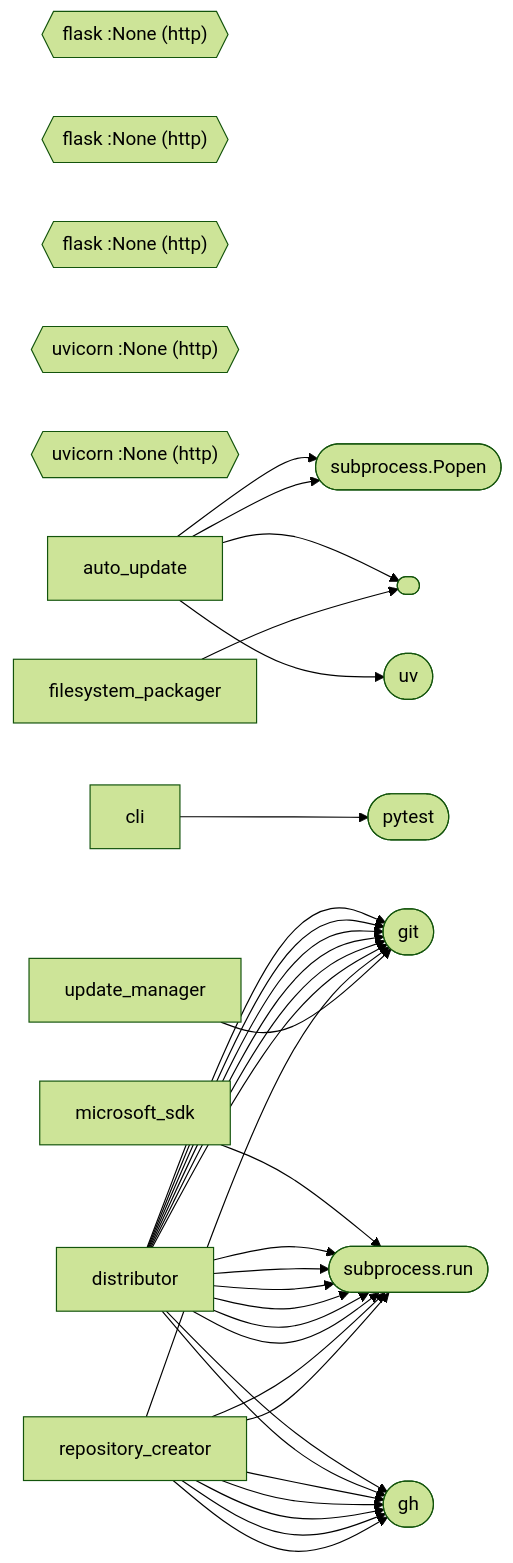
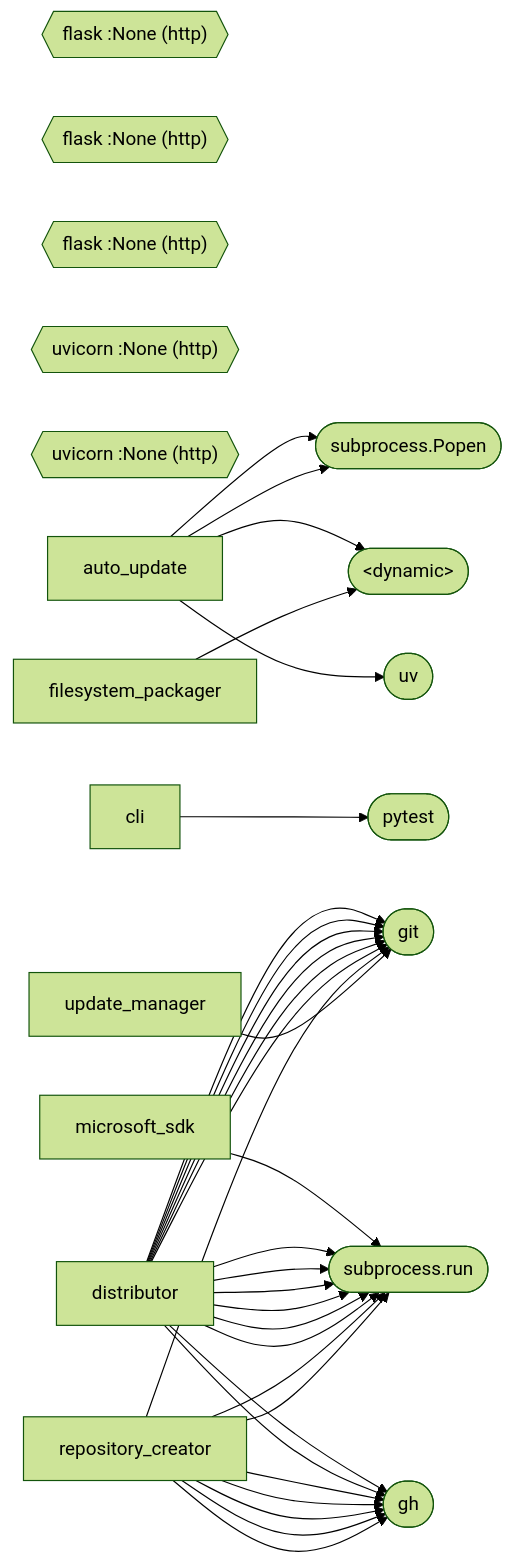
Before and after one commit to rysweet/amplihack: the diagram in docs/atlas/runtime-topology/runtime-topology.mmd, drawn with Mermaid (forest theme). The commit also changed 13 other files, not shown here.

```diff
--- a/docs/atlas/runtime-topology/runtime-topology.mmd
+++ b/docs/atlas/runtime-topology/runtime-topology.mmd
@@ -1,50 +1,50 @@
 graph LR
     S0(["subprocess.run"])
     S1(["uv"])
     S2(["subprocess.Popen"])
-    S3(["<dynamic>"])
+    S3(["&lt;dynamic&gt;"])
     S4(["pytest"])
     S5(["gh"])
     S6(["git"])
     B0{{"flask :None (http)"}}
     B1{{"flask :None (http)"}}
     B2{{"flask :None (http)"}}
     B3{{"uvicorn :None (http)"}}
     B4{{"uvicorn :None (http)"}}
     FN0["microsoft_sdk"]
     FN0 --> S0
     FN1["auto_update"]
     FN1 --> S1
     FN1 --> S2
     FN1 --> S3
     FN1 --> S2
     FN2["cli"]
     FN2 --> S4
     FN3["distributor"]
     FN3 --> S5
     FN3 --> S0
     FN3 --> S0
     FN3 --> S5
     FN3 --> S0
     FN3 --> S6
     FN3 --> S6
     FN3 --> S6
     FN3 --> S6
     FN3 --> S0
     FN3 --> S0
     FN3 --> S0
     FN3 --> S6
     FN3 --> S6
     FN4["filesystem_packager"]
     FN4 --> S3
     FN5["repository_creator"]
     FN5 --> S5
     FN5 --> S5
     FN5 --> S0
     FN5 --> S0
     FN5 --> S5
     FN5 --> S5
     FN5 --> S6
     FN5 --> S5
     FN6["update_manager"]
     FN6 --> S6
```
